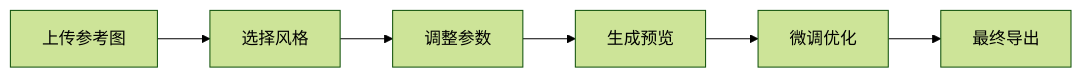
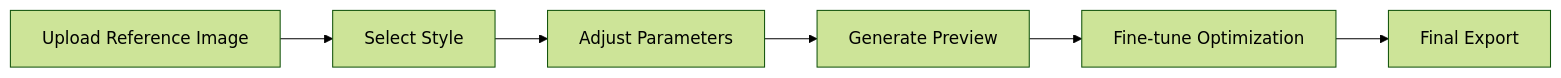
One commit to ChanMeng666/ai-programming-teaching-project changed the first of 4 diagrams in versioned_docs/version-2024-winter/advanced/ai-systems/ai-drawing.mdx. Above: the diagram before and after it, drawn with Mermaid (forest theme). The commit also changed other lines of this file and 472 other files, not shown here.

````diff
--- a/versioned_docs/version-2024-winter/advanced/ai-systems/ai-drawing.mdx
+++ b/versioned_docs/version-2024-winter/advanced/ai-systems/ai-drawing.mdx
@@ -126,8 +118,8 @@
 ```mermaid
 graph LR
-    A[上传参考图] --> B[选择风格]
-    B --> C[调整参数]
-    C --> D[生成预览]
-    D --> E[微调优化]
-    E --> F[最终导出]
+    A[Upload Reference Image] --> B[Select Style]
+    B --> C[Adjust Parameters]
+    C --> D[Generate Preview]
+    D --> E[Fine-tune Optimization]
+    E --> F[Final Export]
 ```
````
